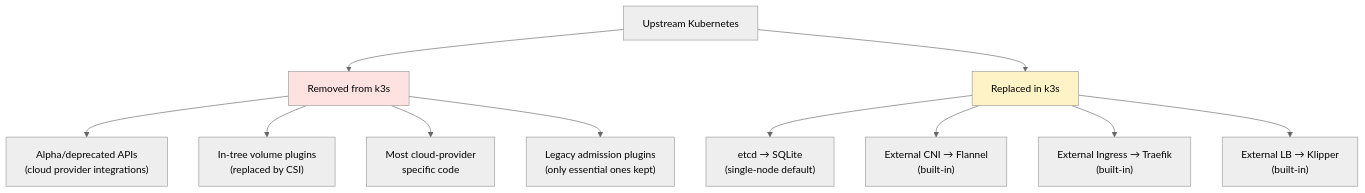
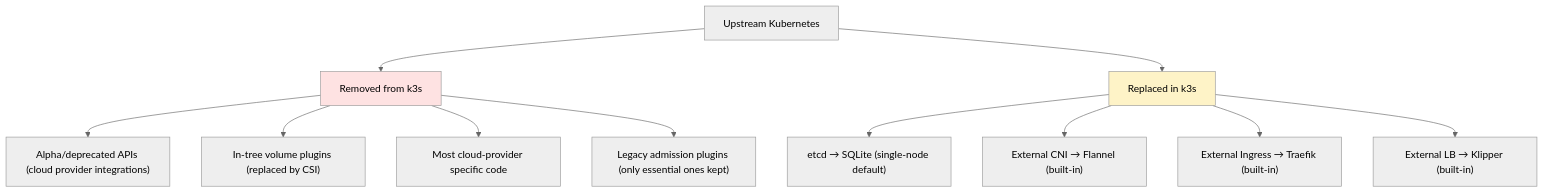
The second of 5 diagrams in 01_introduction/02_k3s_vs_k8s.md (UncleJS/course_k3s), drawn with Mermaid (neutral theme) before and after one commit. The commit also changed other lines of this file and 57 other files, not shown here.

````diff
--- a/01_introduction/02_k3s_vs_k8s.md
+++ b/01_introduction/02_k3s_vs_k8s.md
@@ -70,17 +70,17 @@
 ```mermaid
 flowchart TD
     K8S[Upstream Kubernetes] --> REMOVE["Removed from k3s"]
-    REMOVE --> R1["Alpha/deprecated APIs\n(cloud provider integrations)"]
-    REMOVE --> R2["In-tree volume plugins\n(replaced by CSI)"]
-    REMOVE --> R3["Most cloud-provider\nspecific code"]
-    REMOVE --> R4["Legacy admission plugins\n(only essential ones kept)"]
+    REMOVE --> R1["Alpha/deprecated APIs (cloud provider integrations)"]
+    REMOVE --> R2["In-tree volume plugins (replaced by CSI)"]
+    REMOVE --> R3["Most cloud-provider specific code"]
+    REMOVE --> R4["Legacy admission plugins (only essential ones kept)"]
 
     K8S --> REPLACED["Replaced in k3s"]
-    REPLACED --> P1["etcd → SQLite\n(single-node default)"]
-    REPLACED --> P2["External CNI → Flannel\n(built-in)"]
-    REPLACED --> P3["External Ingress → Traefik\n(built-in)"]
-    REPLACED --> P4["External LB → Klipper\n(built-in)"]
+    REPLACED --> P1["etcd → SQLite (single-node default)"]
+    REPLACED --> P2["External CNI → Flannel (built-in)"]
+    REPLACED --> P3["External Ingress → Traefik (built-in)"]
+    REPLACED --> P4["External LB → Klipper (built-in)"]
 
     style REMOVE fill:#fee2e2
     style REPLACED fill:#fef3c7
 ```
````
